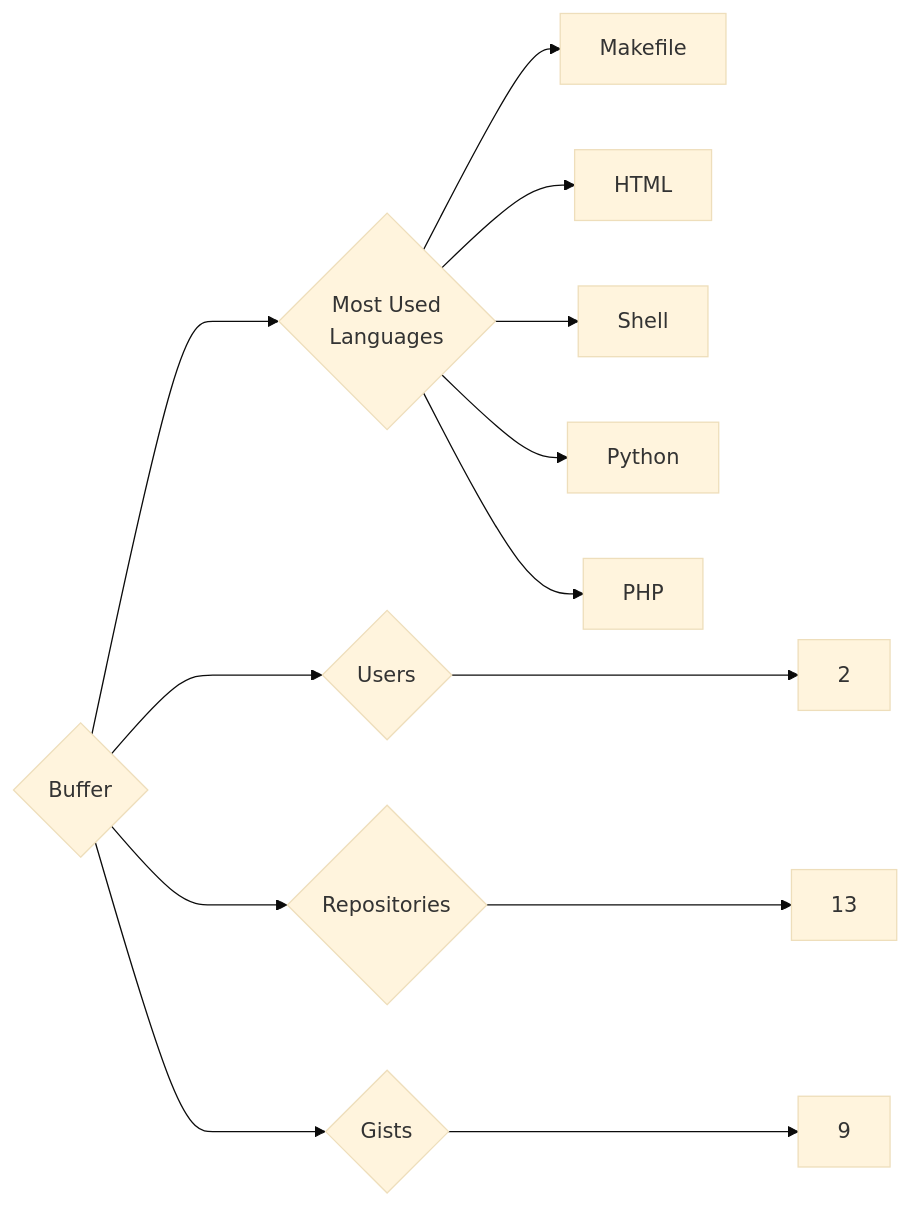
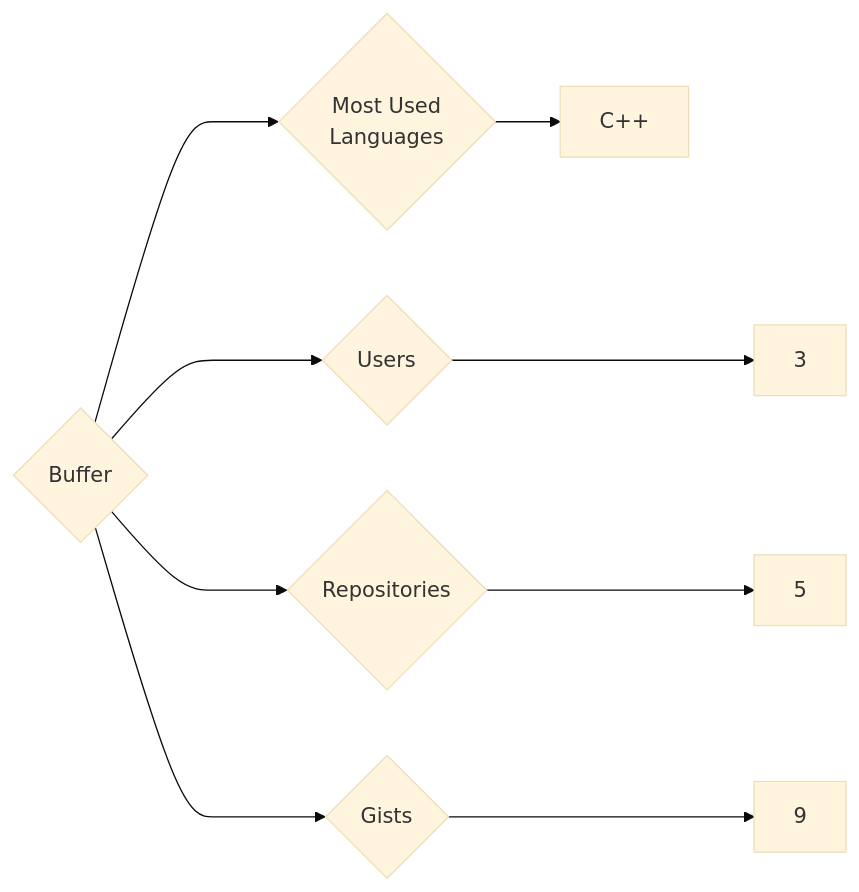
The diagram in targets/Buffer/README.md (trickest/insiders), drawn with Mermaid (base theme) before and after one commit. The commit also changed 1314 other files, not shown here.

````diff
--- a/targets/Buffer/README.md
+++ b/targets/Buffer/README.md
@@ -3,13 +3,9 @@
 ```mermaid
 graph LR
 COMPANY_NAME{Buffer}
-COMPANY_NAME ---> U{Users} ---> UN[2]
-COMPANY_NAME ---> R{Repositories} ---> RN[13]
+COMPANY_NAME ---> U{Users} ---> UN[3]
+COMPANY_NAME ---> R{Repositories} ---> RN[5]
 COMPANY_NAME ---> G{Gists} ---> GN[9]
 COMPANY_NAME ---> ML{Most Used<br>Languages}
-ML --> Makefile[Makefile]
-ML --> HTML[HTML]
-ML --> Shell[Shell]
-ML --> Python[Python]
-ML --> PHP[PHP]
+ML --> C++[C++]
 ```
````
